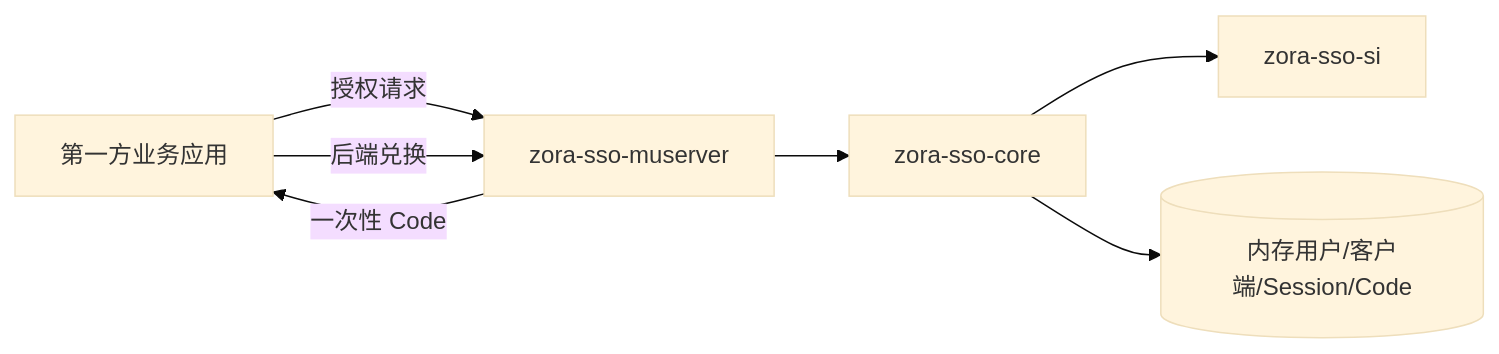
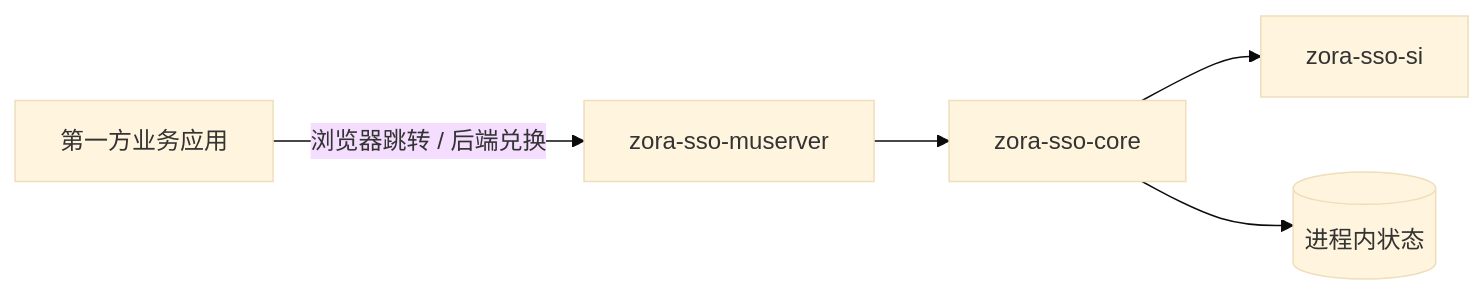
The diagram in zora-sso/docs/design/01-ARCHITECTURE-本地认证POC架构.md (jack20170608/zora-apps), drawn with Mermaid (base theme) before and after one commit. The commit also changed other lines of this file and 27 other files, not shown here.

````diff
--- a/zora-sso/docs/design/01-ARCHITECTURE-本地认证POC架构.md
+++ b/zora-sso/docs/design/01-ARCHITECTURE-本地认证POC架构.md
@@ -9,9 +17,7 @@
 ```mermaid
 flowchart LR
-    APP[第一方业务应用] -->|授权请求| WEB[zora-sso-muserver]
+    APP[第一方业务应用] -->|浏览器跳转 / 后端兑换| WEB[zora-sso-muserver]
     WEB --> CORE[zora-sso-core]
     CORE --> SI[zora-sso-si]
-    CORE --> MEM[(内存用户/客户端/Session/Code)]
-    WEB -->|一次性 Code| APP
-    APP -->|后端兑换| WEB
+    CORE --> MEM[(进程内状态)]
 ```
````
